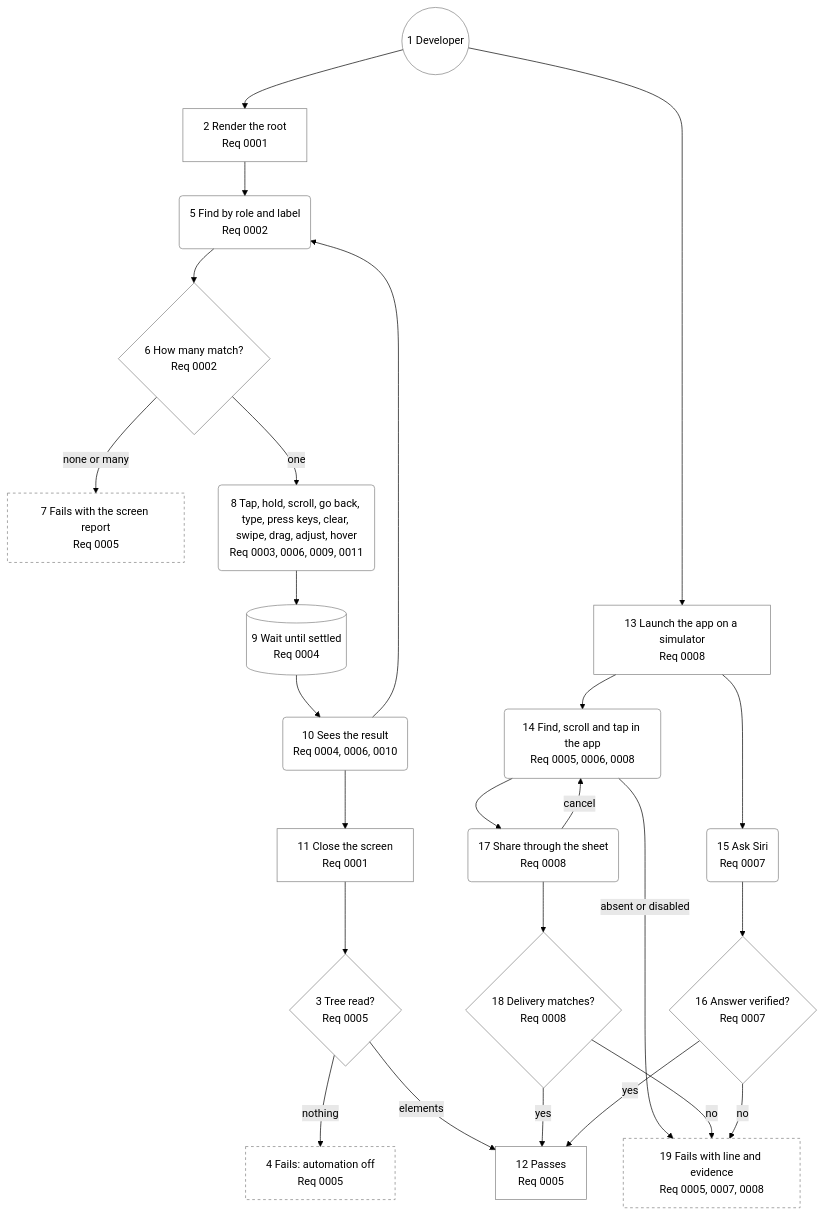
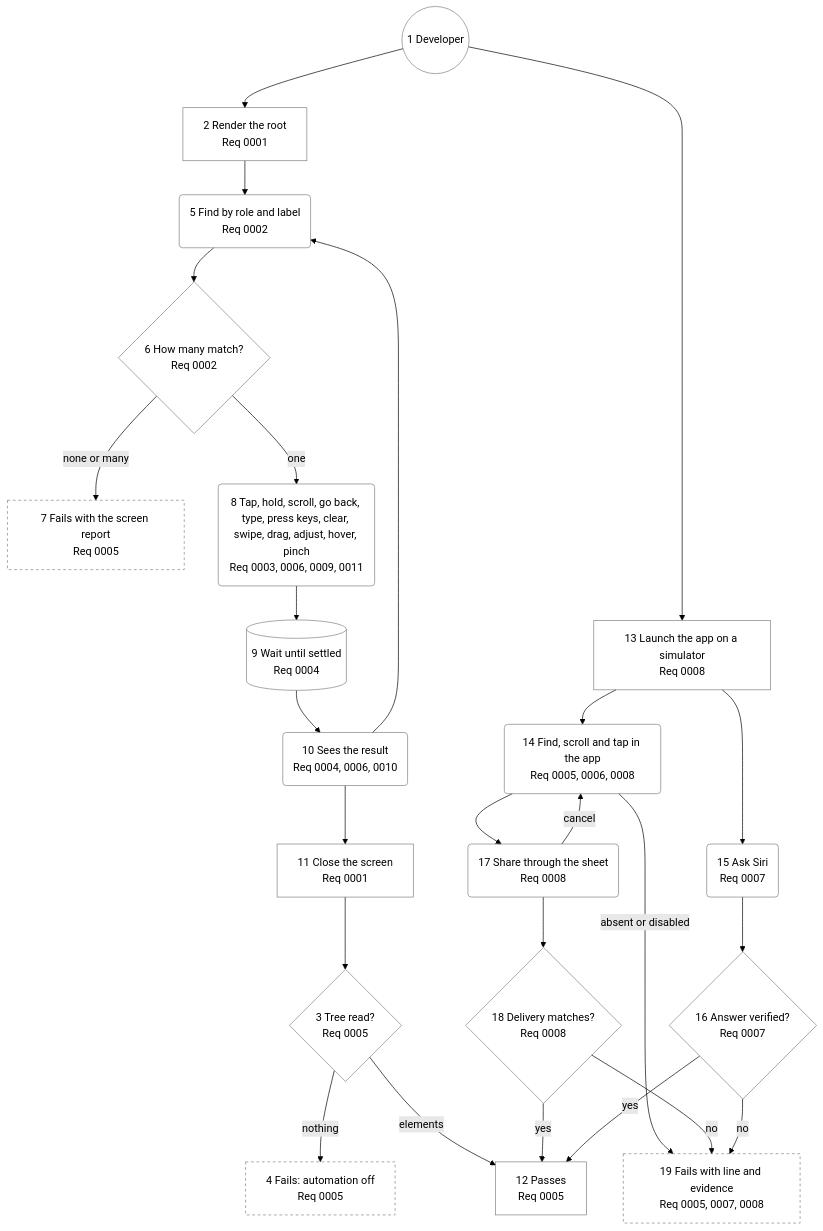
Before and after one commit to may-journal/apple-ui-testing-library: the diagram in docs/architecture/05-user-journey.md, drawn with Mermaid (forest theme). The commit also changed other lines of this file and 23 other files, not shown here.

````diff
--- a/docs/architecture/05-user-journey.md
+++ b/docs/architecture/05-user-journey.md
@@ -13,54 +13,54 @@
 ```mermaid
 flowchart TB
     dev((1 Developer)):::persona
     render[2 Render the root<br/>Req 0001]:::step
     canary{3 Tree read?<br/>Req 0005}:::check
     empty[4 Fails: automation off<br/>Req 0005]:::blocked
     find(5 Find by role and label<br/>Req 0002):::action
     match{6 How many match?<br/>Req 0002}:::check
     missing[7 Fails with the screen report<br/>Req 0005]:::blocked
-    act(8 Tap, hold, scroll, go back, type, press keys, clear, swipe, drag, adjust, hover<br/>Req 0003, 0006, 0009, 0011):::action
+    act(8 Tap, hold, scroll, go back, type, press keys, clear, swipe, drag, adjust, hover, pinch<br/>Req 0003, 0006, 0009, 0011):::action
     settle[(9 Wait until settled<br/>Req 0004)]:::system
     sees(10 Sees the result<br/>Req 0004, 0006, 0010):::action
     close[11 Close the screen<br/>Req 0001]:::step
     passes[12 Passes<br/>Req 0005]:::step
     launch[13 Launch the app on a simulator<br/>Req 0008]:::step
     tap(14 Find, scroll and tap in the app<br/>Req 0005, 0006, 0008):::action
     siri(15 Ask Siri<br/>Req 0007):::action
     answer{16 Answer verified?<br/>Req 0007}:::check
     share(17 Share through the sheet<br/>Req 0008):::action
     delivery{18 Delivery matches?<br/>Req 0008}:::check
     sysFails[19 Fails with line and evidence<br/>Req 0005, 0007, 0008]:::blocked
 
     dev --> render
     render --> find
     find --> match
     match -->|one| act
     match -->|none or many| missing
     act --> settle
     settle --> sees
     sees --> find
     sees --> close
     close --> canary
     canary -->|nothing| empty
     canary -->|elements| passes
     dev --> launch
     launch --> tap
     launch --> siri
     tap -->|absent or disabled| sysFails
     tap --> share
     share -->|cancel| tap
     share --> delivery
     delivery -->|yes| passes
     delivery -->|no| sysFails
     siri --> answer
     answer -->|yes| passes
     answer -->|no| sysFails
 
     classDef persona fill:none,stroke:gray
     classDef step fill:none,stroke:gray
     classDef action fill:none,stroke:gray
     classDef check fill:none,stroke:gray
     classDef system fill:none,stroke:gray
     classDef blocked fill:none,stroke:gray,stroke-dasharray:4
 ```
````
